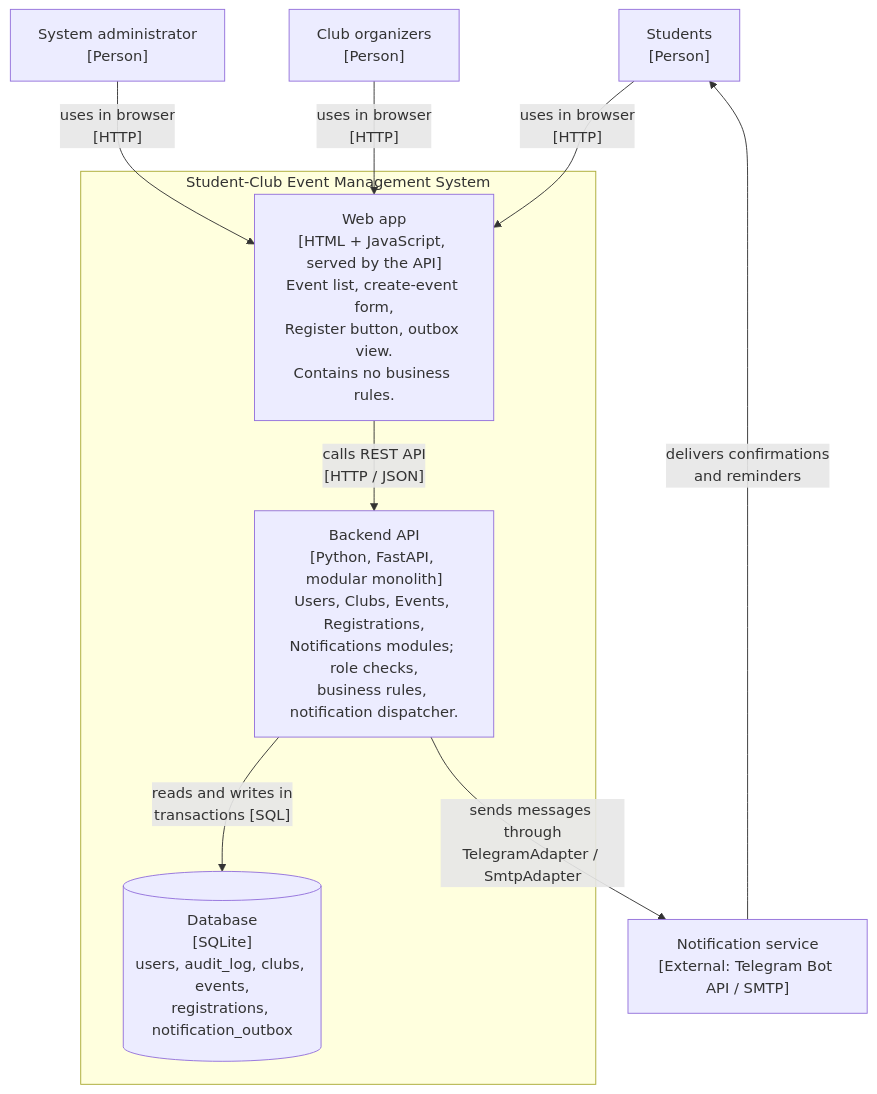
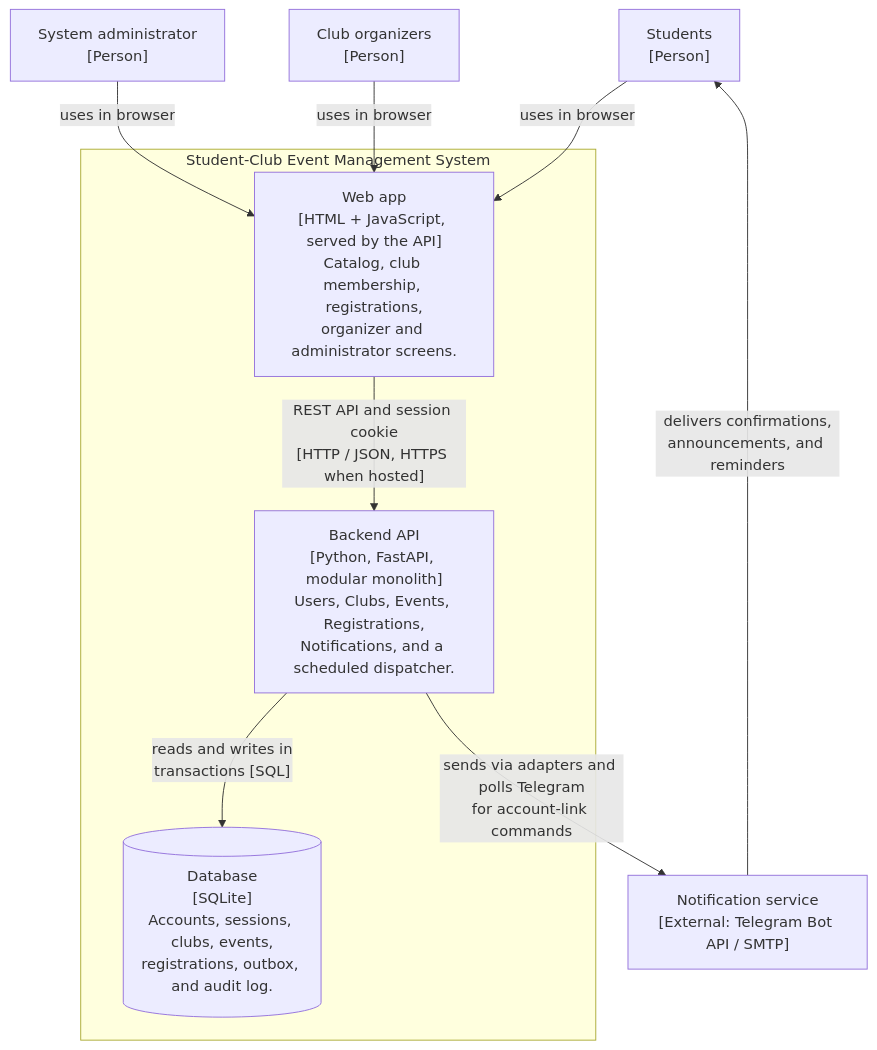
The diagram in docs/architecture/container-diagram.md (02dastan/club-event-system), drawn with Mermaid before and after one commit. The commit also changed other lines of this file and 37 other files, not shown here.

Commit message:
Complete club event workflows and account management

````diff
--- a/docs/architecture/container-diagram.md
+++ b/docs/architecture/container-diagram.md
@@ -3,22 +3,22 @@
 ```mermaid
 flowchart TB
     S["Students<br/>[Person]"]
     O["Club organizers<br/>[Person]"]
     A["System administrator<br/>[Person]"]
 
     subgraph SYS["Student-Club Event Management System"]
-        WEB["Web app<br/>[HTML + JavaScript, served by the API]<br/>Event list, create-event form,<br/>Register button, outbox view.<br/>Contains no business rules."]
-        API["Backend API<br/>[Python, FastAPI, modular monolith]<br/>Users, Clubs, Events, Registrations,<br/>Notifications modules; role checks,<br/>business rules, notification dispatcher."]
-        DB[("Database<br/>[SQLite]<br/>users, audit_log, clubs, events,<br/>registrations, notification_outbox")]
+        WEB["Web app<br/>[HTML + JavaScript, served by the API]<br/>Catalog, club membership, registrations,<br/>organizer and administrator screens."]
+        API["Backend API<br/>[Python, FastAPI, modular monolith]<br/>Users, Clubs, Events, Registrations,<br/>Notifications, and a scheduled dispatcher."]
+        DB[("Database<br/>[SQLite]<br/>Accounts, sessions, clubs, events,<br/>registrations, outbox, and audit log.")]
     end
 
     N["Notification service<br/>[External: Telegram Bot API / SMTP]"]
 
-    S -- "uses in browser<br/>[HTTP]" --> WEB
-    O -- "uses in browser<br/>[HTTP]" --> WEB
-    A -- "uses in browser<br/>[HTTP]" --> WEB
-    WEB -- "calls REST API<br/>[HTTP / JSON]" --> API
+    S -- "uses in browser" --> WEB
+    O -- "uses in browser" --> WEB
+    A -- "uses in browser" --> WEB
+    WEB -- "REST API and session cookie<br/>[HTTP / JSON, HTTPS when hosted]" --> API
     API -- "reads and writes in<br/>transactions [SQL]" --> DB
-    API -- "sends messages through<br/>TelegramAdapter / SmtpAdapter" --> N
-    N -- "delivers confirmations<br/>and reminders" --> S
+    API -- "sends via adapters and polls Telegram<br/>for account-link commands" --> N
+    N -- "delivers confirmations,<br/>announcements, and reminders" --> S
 ```
````
